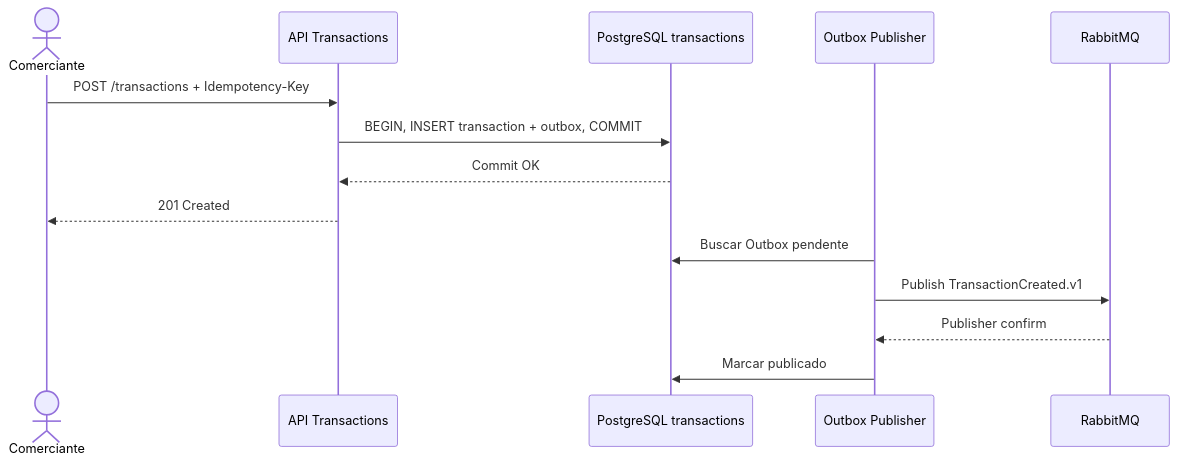
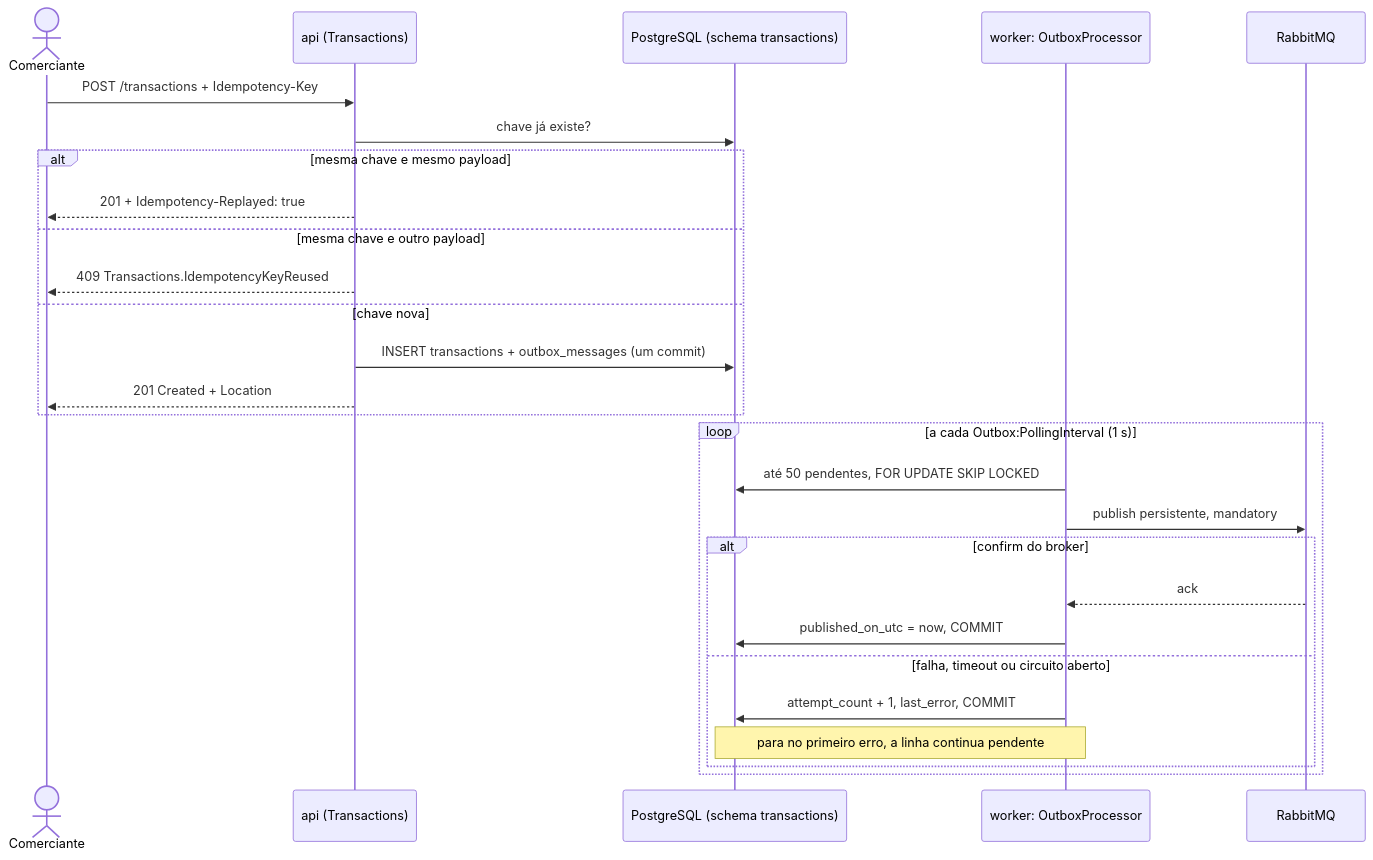
One commit to fabiofeti/desafio-keyrus changed the fifth of 6 diagrams in docs/diagrams/architecture.md. Above: the diagram before and after it, drawn with Mermaid. The commit also changed other lines of this file and 14 other files, not shown here.

First line of the commit message:
Contratos a partir do código e diagramas redesenhados

````diff
--- a/docs/diagrams/architecture.md
+++ b/docs/diagrams/architecture.md
@@ -69,16 +126,29 @@
 ```mermaid
 sequenceDiagram
   actor User as Comerciante
-  participant API as API Transactions
-  participant DB as PostgreSQL transactions
-  participant PUB as Outbox Publisher
+  participant API as api (Transactions)
+  participant DB as PostgreSQL (schema transactions)
+  participant PUB as worker: OutboxProcessor
   participant MQ as RabbitMQ
   User->>API: POST /transactions + Idempotency-Key
-  API->>DB: BEGIN, INSERT transaction + outbox, COMMIT
-  DB-->>API: Commit OK
-  API-->>User: 201 Created
-  PUB->>DB: Buscar Outbox pendente
-  PUB->>MQ: Publish TransactionCreated.v1
-  MQ-->>PUB: Publisher confirm
-  PUB->>DB: Marcar publicado
+  API->>DB: chave já existe?
+  alt mesma chave e mesmo payload
+    API-->>User: 201 + Idempotency-Replayed: true
+  else mesma chave e outro payload
+    API-->>User: 409 Transactions.IdempotencyKeyReused
+  else chave nova
+    API->>DB: INSERT transactions + outbox_messages (um commit)
+    API-->>User: 201 Created + Location
+  end
+  loop a cada Outbox:PollingInterval (1 s)
+    PUB->>DB: até 50 pendentes, FOR UPDATE SKIP LOCKED
+    PUB->>MQ: publish persistente, mandatory
+    alt confirm do broker
+      MQ-->>PUB: ack
+      PUB->>DB: published_on_utc = now, COMMIT
+    else falha, timeout ou circuito aberto
+      PUB->>DB: attempt_count + 1, last_error, COMMIT
+      Note over PUB,DB: para no primeiro erro, a linha continua pendente
+    end
+  end
 ```
````
